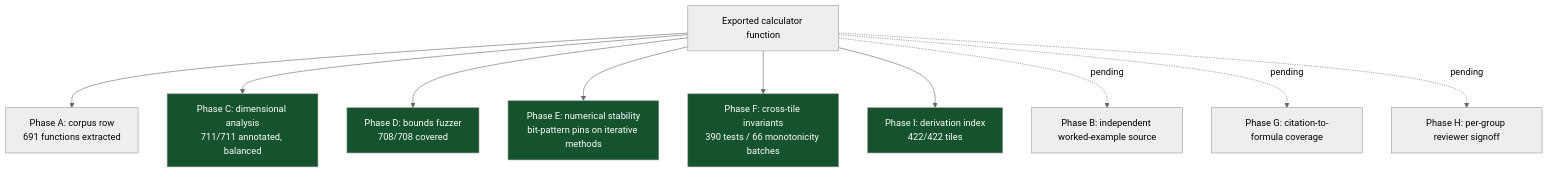
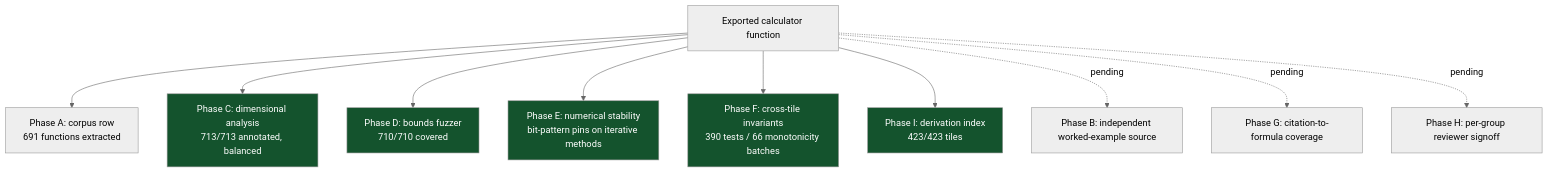
One commit to clay-good/roughlogic.com changed the fourth of 5 diagrams in README.md. Above: the diagram before and after it, drawn with Mermaid (neutral theme). The commit also changed other lines of this file and 14 other files, not shown here.

````diff
--- a/README.md
+++ b/README.md
@@ -208,17 +208,17 @@
 ```mermaid
 flowchart TB
     F[Exported calculator function] --> A[Phase A: corpus row\n691 functions extracted]
-    F --> C[Phase C: dimensional analysis\n711/711 annotated, balanced]
-    F --> D[Phase D: bounds fuzzer\n708/708 covered]
+    F --> C[Phase C: dimensional analysis\n713/713 annotated, balanced]
+    F --> D[Phase D: bounds fuzzer\n710/710 covered]
     F --> E[Phase E: numerical stability\nbit-pattern pins on iterative methods]
     F --> Fa[Phase F: cross-tile invariants\n390 tests / 66 monotonicity batches]
-    F --> I[Phase I: derivation index\n422/422 tiles]
+    F --> I[Phase I: derivation index\n423/423 tiles]
     F -.pending.-> B[Phase B: independent worked-example source]
     F -.pending.-> G[Phase G: citation-to-formula coverage]
     F -.pending.-> H[Phase H: per-group reviewer signoff]
     style C fill:#14532d,color:#fff
     style D fill:#14532d,color:#fff
     style E fill:#14532d,color:#fff
     style Fa fill:#14532d,color:#fff
     style I fill:#14532d,color:#fff
 ```
````
